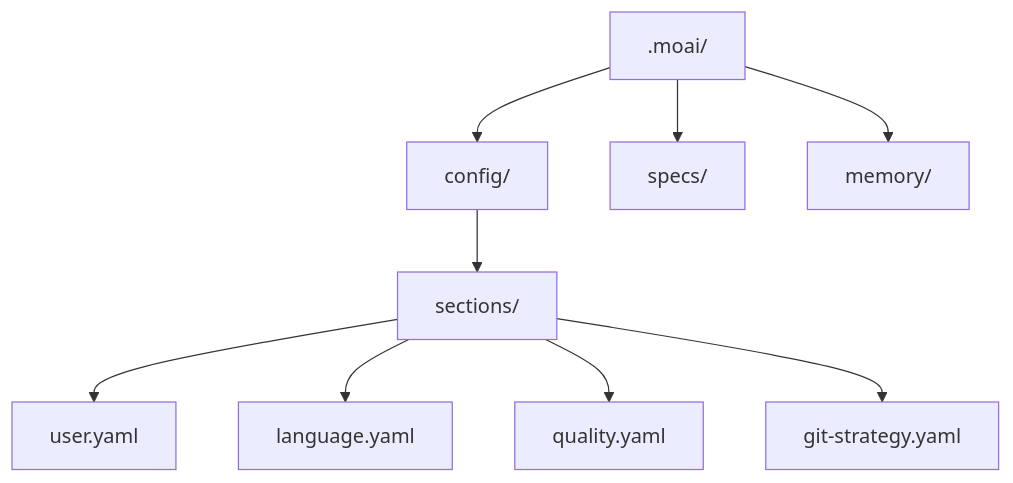
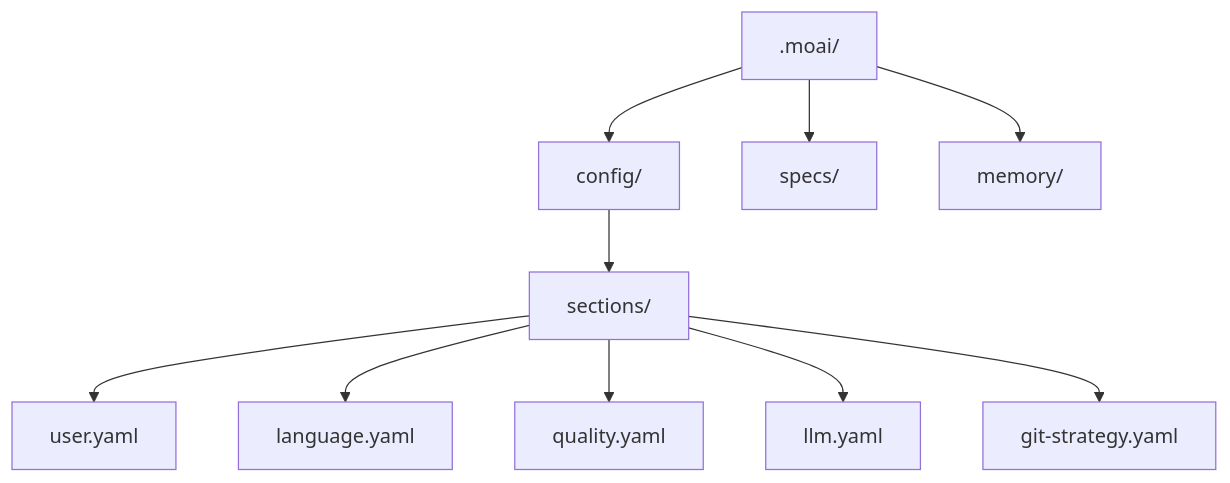
One commit to modu-ai/moai-adk changed the diagram in docs-site/content/ko/getting-started/init-wizard.md. Above: the diagram before and after it, drawn with Mermaid. The commit also changed other lines of this file and 180 other files, not shown here.

````diff
--- a/docs-site/content/ko/getting-started/init-wizard.md
+++ b/docs-site/content/ko/getting-started/init-wizard.md
@@ -167,11 +220,12 @@
 ```mermaid
 graph TD
-    A[.moai/] --> B[config/]
-    A --> C[specs/]
-    A --> D[memory/]
-    B --> E[sections/]
-    E --> F[user.yaml]
-    E --> G[language.yaml]
-    E --> H[quality.yaml]
-    E --> I[git-strategy.yaml]
+    A[".moai/"] --> B["config/"]
+    A --> C["specs/"]
+    A --> D["memory/"]
+    B --> E["sections/"]
+    E --> F["user.yaml"]
+    E --> G["language.yaml"]
+    E --> H["quality.yaml"]
+    E --> I["llm.yaml"]
+    E --> J["git-strategy.yaml"]
 ```
````
